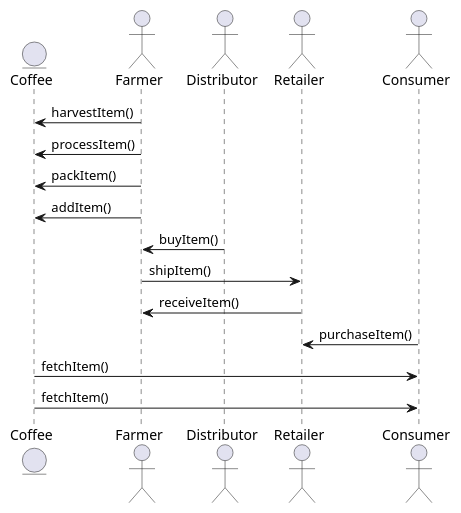
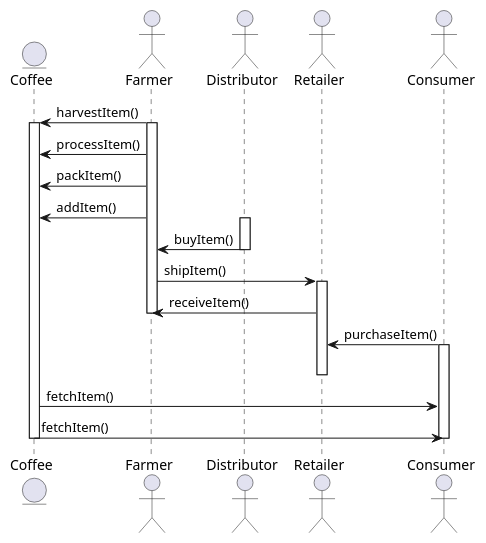
The second of 4 diagrams in projects/project_6_Supply_Chain/project/Report.md (HajimeK/BlockchainDevND), drawn with PlantUML before and after one commit. The commit also changed other lines of this file and 11 other files, not shown here.

````diff
--- a/projects/project_6_Supply_Chain/project/Report.md
+++ b/projects/project_6_Supply_Chain/project/Report.md
@@ -266,18 +41,28 @@
 ```plantuml
 entity Coffee
 actor Farmer
 actor Distributor
 actor Retailer
 actor Consumer
 
 Farmer -> Coffee : harvestItem()
+   activate Farmer
+   activate Coffee
 Farmer -> Coffee : processItem()
 Farmer -> Coffee : packItem()
 Farmer -> Coffee : addItem()
+   activate Distributor
 Distributor -> Farmer : buyItem()
+   deactivate Distributor
 Farmer -> Retailer : shipItem()
+   activate Retailer
 Retailer -> Farmer : receiveItem()
+   deactivate Farmer
 Consumer -> Retailer : purchaseItem()
+   activate Consumer
+   deactivate Retailer
 Coffee -> Consumer : fetchItem()
 Coffee -> Consumer : fetchItem()
+   deactivate Consumer
+   deactivate Coffee
 ```
````
